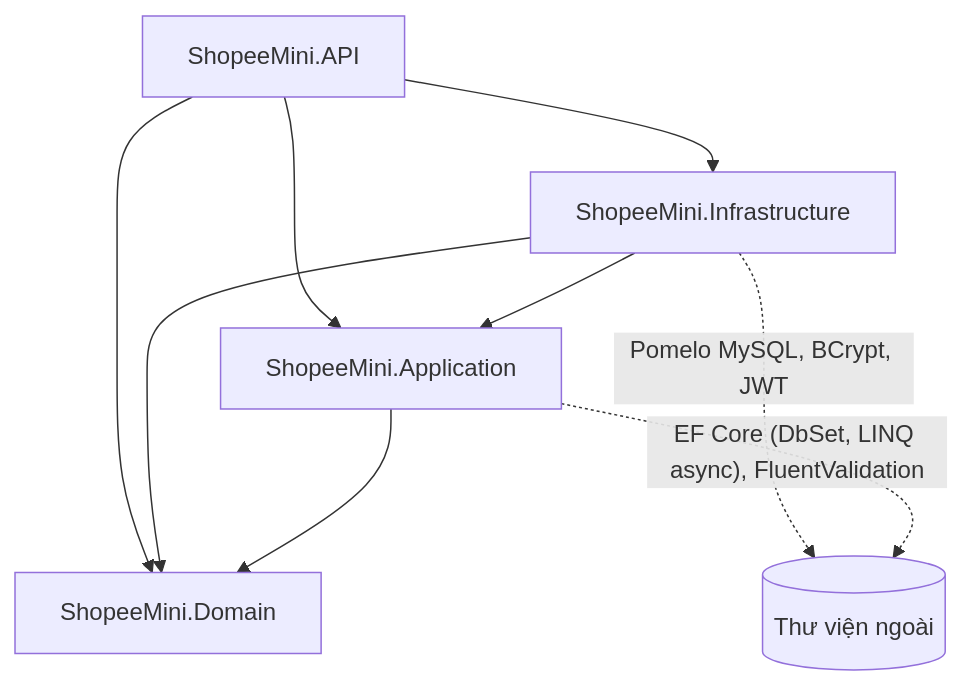
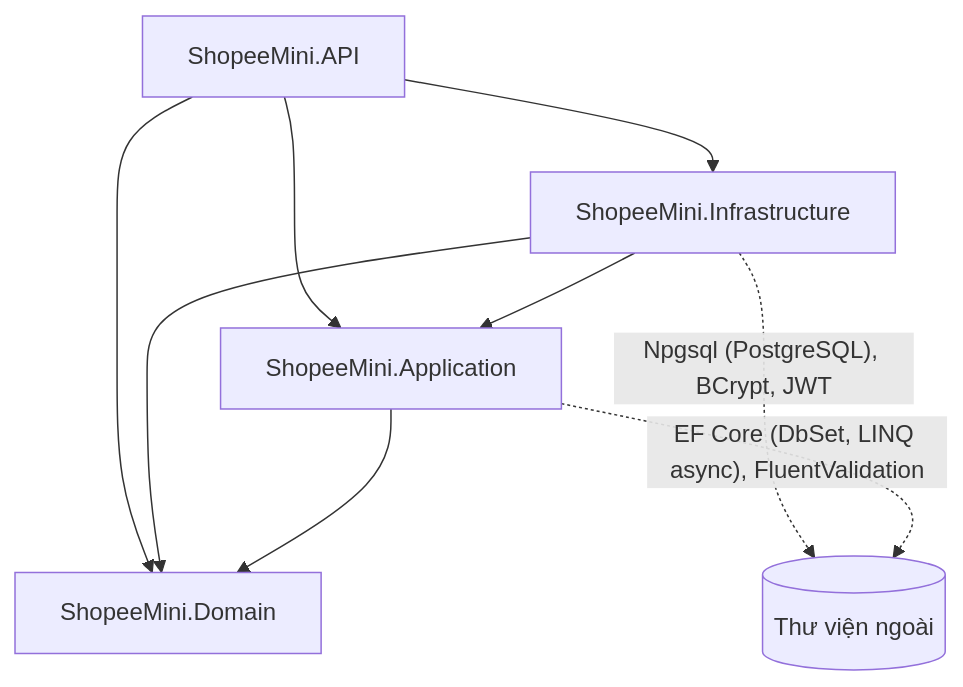
The first of 4 diagrams in docs/architecture.md (huynhtam258/ShopeeMini.Backend), drawn with Mermaid before and after one commit. The commit also changed other lines of this file and 22 other files, not shown here.

````diff
--- a/docs/architecture.md
+++ b/docs/architecture.md
@@ -77,11 +77,11 @@
 ```mermaid
 graph TD
     API[ShopeeMini.API] --> APP[ShopeeMini.Application]
     API --> INFRA[ShopeeMini.Infrastructure]
     API --> DOMAIN[ShopeeMini.Domain]
     INFRA --> APP
     INFRA --> DOMAIN
     APP --> DOMAIN
-    INFRA -. "Pomelo MySQL, BCrypt, JWT" .-> EXT[(Thư viện ngoài)]
+    INFRA -. "Npgsql (PostgreSQL), BCrypt, JWT" .-> EXT[(Thư viện ngoài)]
     APP -. "EF Core (DbSet, LINQ async), FluentValidation" .-> EXT
 ```
````
